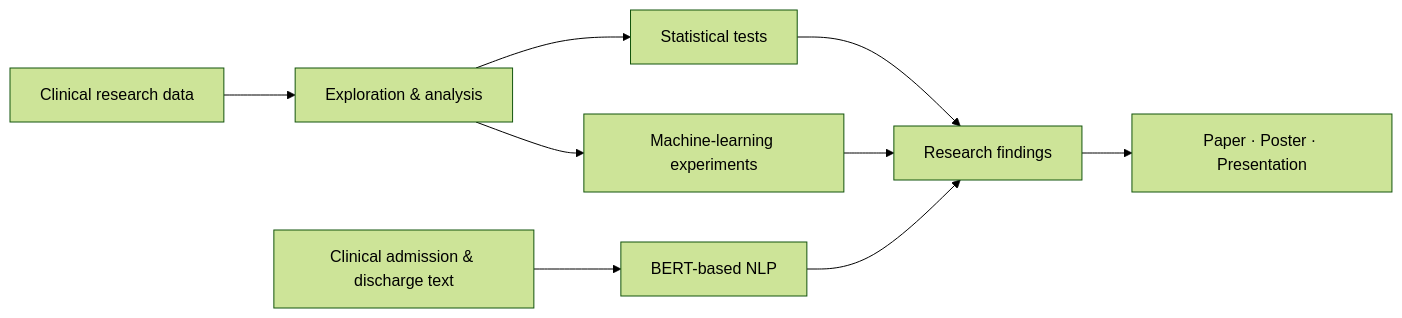
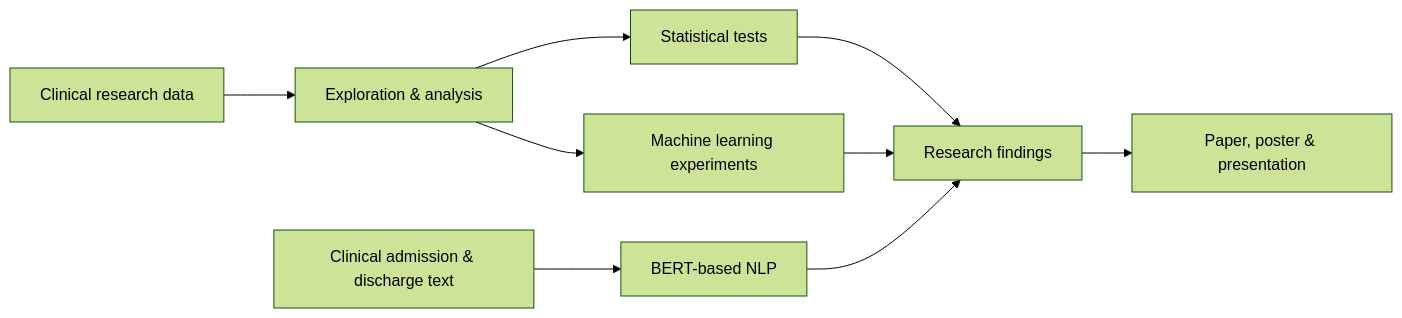
Before and after one commit to RanAlmagor/DataFinalProjectDegree-Demo-main: the diagram in README.md, drawn with Mermaid (forest theme). The commit also changed other lines of this file, not shown here.

````diff
--- a/README.md
+++ b/README.md
@@ -67,11 +63,11 @@
 ```mermaid
 flowchart LR
     A[Clinical research data] --> B[Exploration & analysis]
     B --> C[Statistical tests]
-    B --> D[Machine-learning experiments]
+    B --> D[Machine learning experiments]
     E[Clinical admission & discharge text] --> F[BERT-based NLP]
     C --> G[Research findings]
     D --> G
     F --> G
-    G --> H[Paper · Poster · Presentation]
+    G --> H[Paper, poster & presentation]
 ```
````
